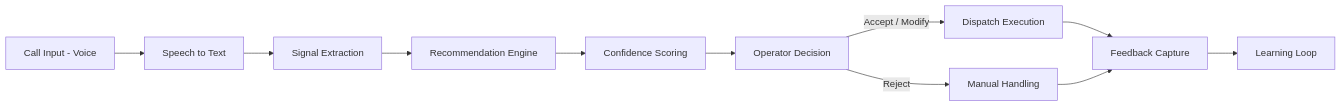
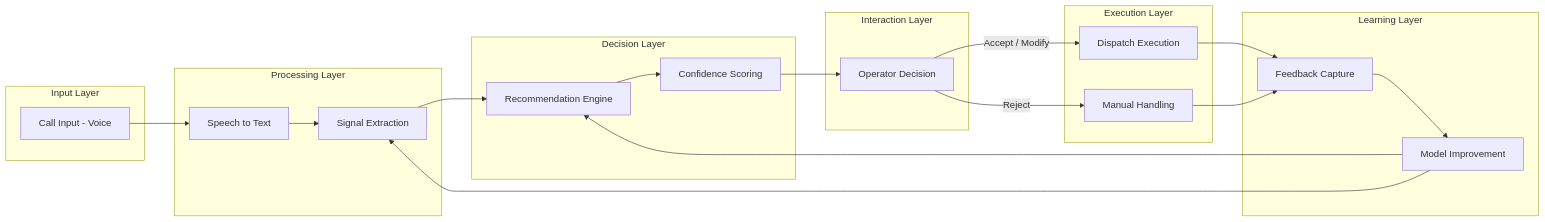
The diagram in 7_Appendix/architecture.md (SanthiyaSathasivam/ai-agent-assist-emergency-response), drawn with Mermaid before and after one commit. The commit also changed other lines of this file, not shown here.

````diff
--- a/7_Appendix/architecture.md
+++ b/7_Appendix/architecture.md
@@ -12,16 +14,42 @@
 ```mermaid
 flowchart LR
-    A[Call Input - Voice] --> B[Speech to Text]
-    B --> C[Signal Extraction]
-    C --> D[Recommendation Engine]
-    D --> E[Confidence Scoring]
-    E --> F[Operator Decision]
 
-    F -->|Accept / Modify| G[Dispatch Execution]
-    F -->|Reject| H[Manual Handling]
+    subgraph Input Layer
+        A[Call Input - Voice]
+    end
 
-    G --> I[Feedback Capture]
+    subgraph Processing Layer
+        B[Speech to Text]
+        C[Signal Extraction]
+    end
+
+    subgraph Decision Layer
+        D[Recommendation Engine]
+        E[Confidence Scoring]
+    end
+
+    subgraph Interaction Layer
+        F[Operator Decision]
+    end
+
+    subgraph Execution Layer
+        G[Dispatch Execution]
+        H[Manual Handling]
+    end
+
+    subgraph Learning Layer
+        I[Feedback Capture]
+        J[Model Improvement]
+    end
+
+    A --> B --> C --> D --> E --> F
+    F -->|Accept / Modify| G
+    F -->|Reject| H
+
+    G --> I
     H --> I
 
-    I --> J[Learning Loop]
+    I --> J
+    J --> C
+    J --> D
 ```
````
